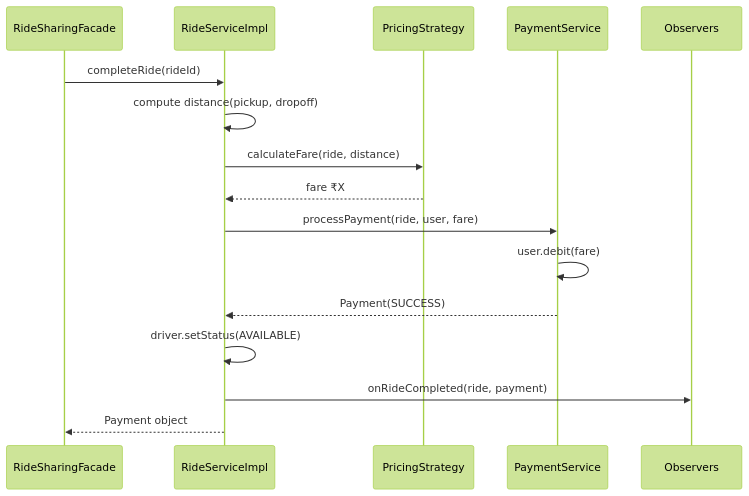
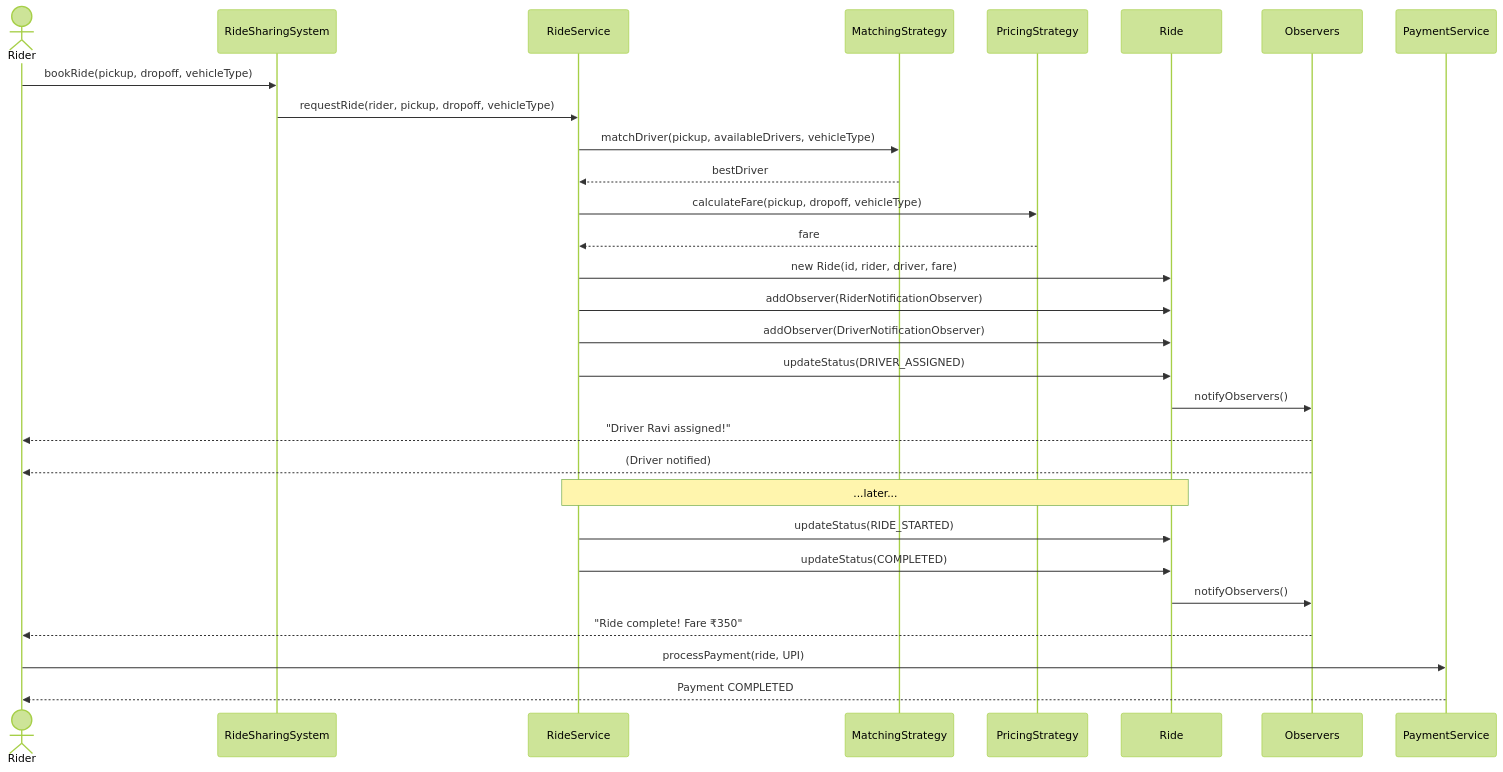
The fourth of 4 diagrams in Ride Sharing System/architecture.md (AnirudhGupta14/LowLevelDesigns), drawn with Mermaid (forest theme) before and after one commit. The commit also changed other lines of this file and 32 other files, not shown here.

````diff
--- a/Ride Sharing System/architecture.md
+++ b/Ride Sharing System/architecture.md
@@ -130,19 +232,34 @@
 ```mermaid
 sequenceDiagram
-    participant App as RideSharingFacade
-    participant RS as RideServiceImpl
+    actor Rider
+    participant RSS as RideSharingSystem
+    participant RS as RideService
+    participant MS as MatchingStrategy
     participant PS as PricingStrategy
-    participant Pay as PaymentService
-    participant Obs as Observers
+    participant Ride
+    participant Observer as Observers
+    participant PaySvc as PaymentService
 
-    App->>RS: completeRide(rideId)
-    RS->>RS: compute distance(pickup, dropoff)
-    RS->>PS: calculateFare(ride, distance)
-    PS-->>RS: fare ₹X
-    RS->>Pay: processPayment(ride, user, fare)
-    Pay->>Pay: user.debit(fare)
-    Pay-->>RS: Payment(SUCCESS)
-    RS->>RS: driver.setStatus(AVAILABLE)
-    RS->>Obs: onRideCompleted(ride, payment)
-    RS-->>App: Payment object
+    Rider->>RSS: bookRide(pickup, dropoff, vehicleType)
+    RSS->>RS: requestRide(rider, pickup, dropoff, vehicleType)
+    RS->>MS: matchDriver(pickup, availableDrivers, vehicleType)
+    MS-->>RS: bestDriver
+    RS->>PS: calculateFare(pickup, dropoff, vehicleType)
+    PS-->>RS: fare
+    RS->>Ride: new Ride(id, rider, driver, fare)
+    RS->>Ride: addObserver(RiderNotificationObserver)
+    RS->>Ride: addObserver(DriverNotificationObserver)
+    RS->>Ride: updateStatus(DRIVER_ASSIGNED)
+    Ride->>Observer: notifyObservers()
+    Observer-->>Rider: "Driver Ravi assigned!"
+    Observer-->>Rider: (Driver notified)
+
+    Note over RS,Ride: ...later...
+    RS->>Ride: updateStatus(RIDE_STARTED)
+    RS->>Ride: updateStatus(COMPLETED)
+    Ride->>Observer: notifyObservers()
+    Observer-->>Rider: "Ride complete! Fare ₹350"
+
+    Rider->>PaySvc: processPayment(ride, UPI)
+    PaySvc-->>Rider: Payment COMPLETED
 ```
````
